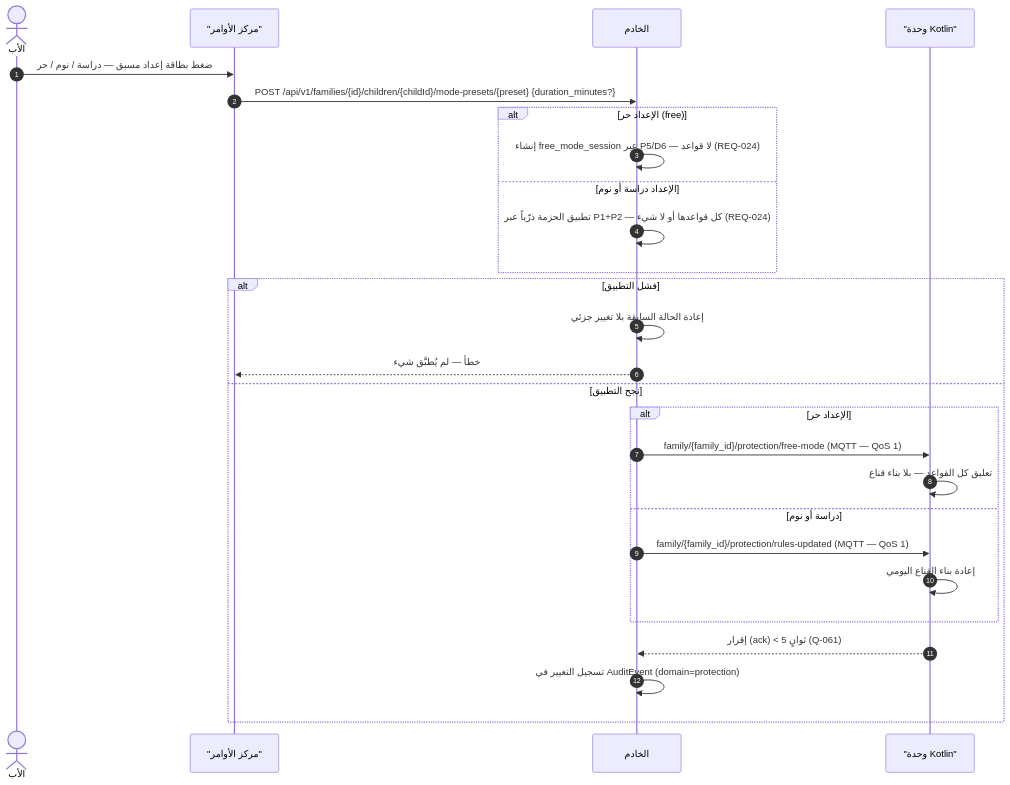
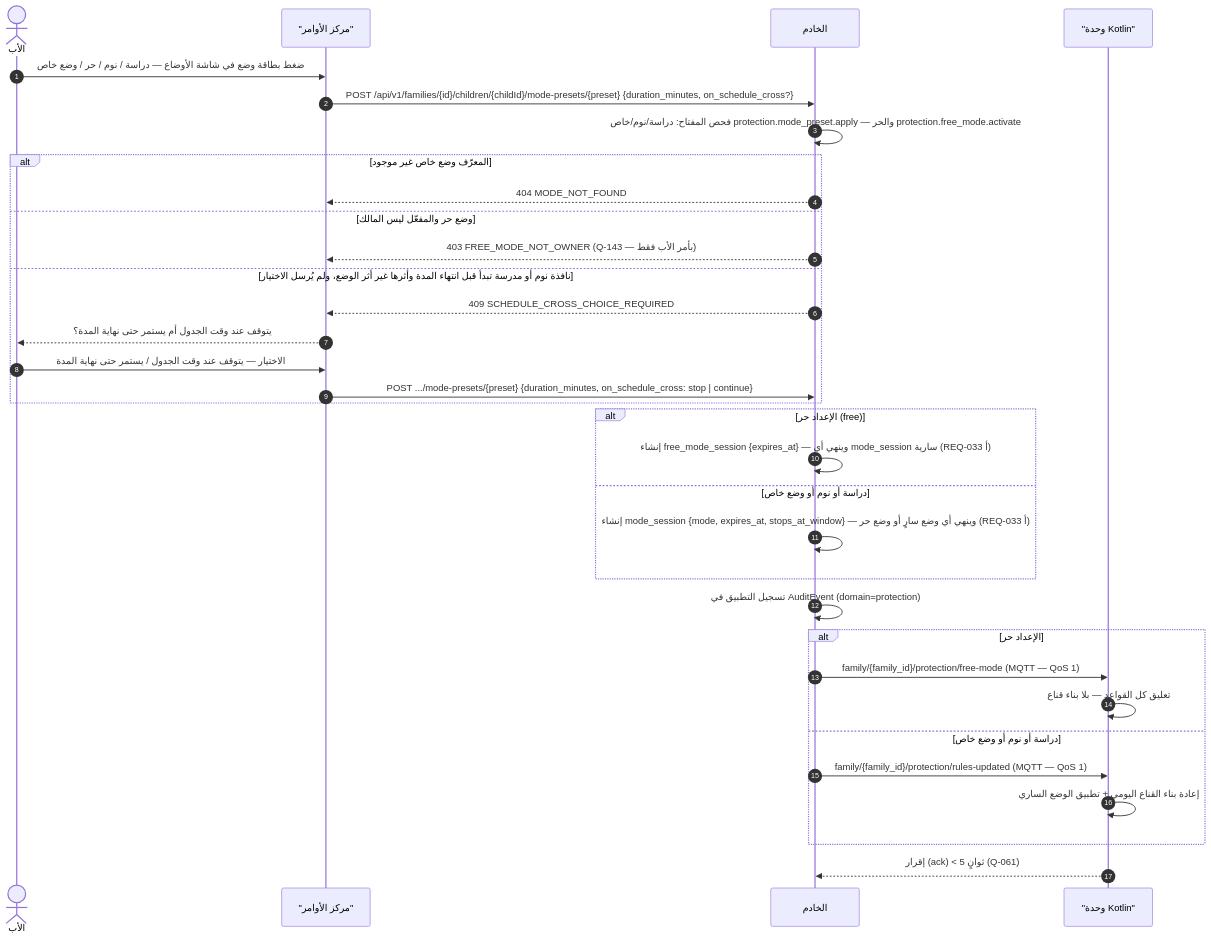
Before and after one commit to Bassam-mohammed-alqaeadi/family-os-v2: diagram 11 of 16 in docs/family-os/governance/phases/phase-1/S1-10-protection-and-enforcement/DIAGRAMS.md, drawn with Mermaid. The commit also changed other lines of this file and 1 other file, not shown here.

````diff
--- a/docs/family-os/governance/phases/phase-1/S1-10-protection-and-enforcement/DIAGRAMS.md
+++ b/docs/family-os/governance/phases/phase-1/S1-10-protection-and-enforcement/DIAGRAMS.md
@@ -466,29 +557,35 @@
 ```mermaid
 sequenceDiagram
     autonumber
     actor Father as الأب
     participant S109 as "مركز الأوامر"
     participant Ktor as الخادم
     participant K as "وحدة Kotlin"
-    Father->>S109: ضغط بطاقة إعداد مسبق — دراسة / نوم / حر
-    S109->>Ktor: POST /api/v1/families/{id}/children/{childId}/mode-presets/{preset} {duration_minutes?}
+    Father->>S109: ضغط بطاقة وضع في شاشة الأوضاع — دراسة / نوم / حر / وضع خاص
+    S109->>Ktor: POST /api/v1/families/{id}/children/{childId}/mode-presets/{preset} {duration_minutes, on_schedule_cross?}
+    Ktor->>Ktor: فحص المفتاح: دراسة/نوم/خاص protection.mode_preset.apply — والحر protection.free_mode.activate
+    alt المعرّف وضع خاص غير موجود
+        Ktor-->>S109: 404 MODE_NOT_FOUND
+    else وضع حر والمفعّل ليس المالك
+        Ktor-->>S109: 403 FREE_MODE_NOT_OWNER (Q-143 — بأمر الأب فقط)
+    else نافذة نوم أو مدرسة تبدأ قبل انتهاء المدة وأثرها غير أثر الوضع، ولم يُرسل الاختيار
+        Ktor-->>S109: 409 SCHEDULE_CROSS_CHOICE_REQUIRED
+        S109-->>Father: يتوقف عند وقت الجدول أم يستمر حتى نهاية المدة؟
+        Father->>S109: الاختيار — يتوقف عند وقت الجدول / يستمر حتى نهاية المدة
+        S109->>Ktor: POST .../mode-presets/{preset} {duration_minutes, on_schedule_cross: stop | continue}
+    end
     alt الإعداد حر (free)
-        Ktor->>Ktor: إنشاء free_mode_session عبر P5/D6 — لا قواعد (REQ-024)
-    else الإعداد دراسة أو نوم
-        Ktor->>Ktor: تطبيق الحزمة ذرّياً عبر P1+P2 — كل قواعدها أو لا شيء (REQ-024)
+        Ktor->>Ktor: إنشاء free_mode_session {expires_at} — وينهي أي mode_session سارية (REQ-033 أ)
+    else دراسة أو نوم أو وضع خاص
+        Ktor->>Ktor: إنشاء mode_session {mode, expires_at, stops_at_window} — وينهي أي وضع سارٍ أو وضع حر (REQ-033 أ)
     end
-    alt فشل التطبيق
-        Ktor->>Ktor: إعادة الحالة السابقة بلا تغيير جزئي
-        Ktor-->>S109: خطأ — لم يُطبَّق شيء
-    else نجح التطبيق
-        alt الإعداد حر
-            Ktor->>K: family/{family_id}/protection/free-mode (MQTT — QoS 1)
-            K->>K: تعليق كل القواعد — بلا بناء قناع
-        else دراسة أو نوم
-            Ktor->>K: family/{family_id}/protection/rules-updated (MQTT — QoS 1)
-            K->>K: إعادة بناء القناع اليومي
-        end
-        K-->>Ktor: إقرار (ack) < 5 ثوانٍ (Q-061)
-        Ktor->>Ktor: تسجيل التغيير في AuditEvent (domain=protection)
+    Ktor->>Ktor: تسجيل التطبيق في AuditEvent (domain=protection)
+    alt الإعداد حر
+        Ktor->>K: family/{family_id}/protection/free-mode (MQTT — QoS 1)
+        K->>K: تعليق كل القواعد — بلا بناء قناع
+    else دراسة أو نوم أو وضع خاص
+        Ktor->>K: family/{family_id}/protection/rules-updated (MQTT — QoS 1)
+        K->>K: إعادة بناء القناع اليومي + تطبيق الوضع الساري
     end
+    K-->>Ktor: إقرار (ack) < 5 ثوانٍ (Q-061)
 ```
````
